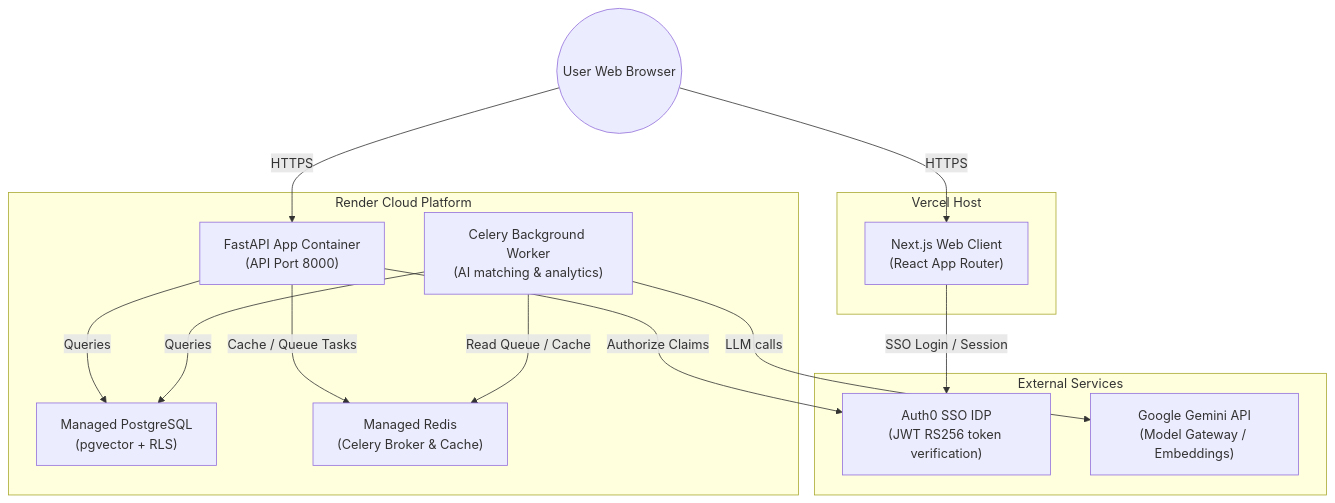
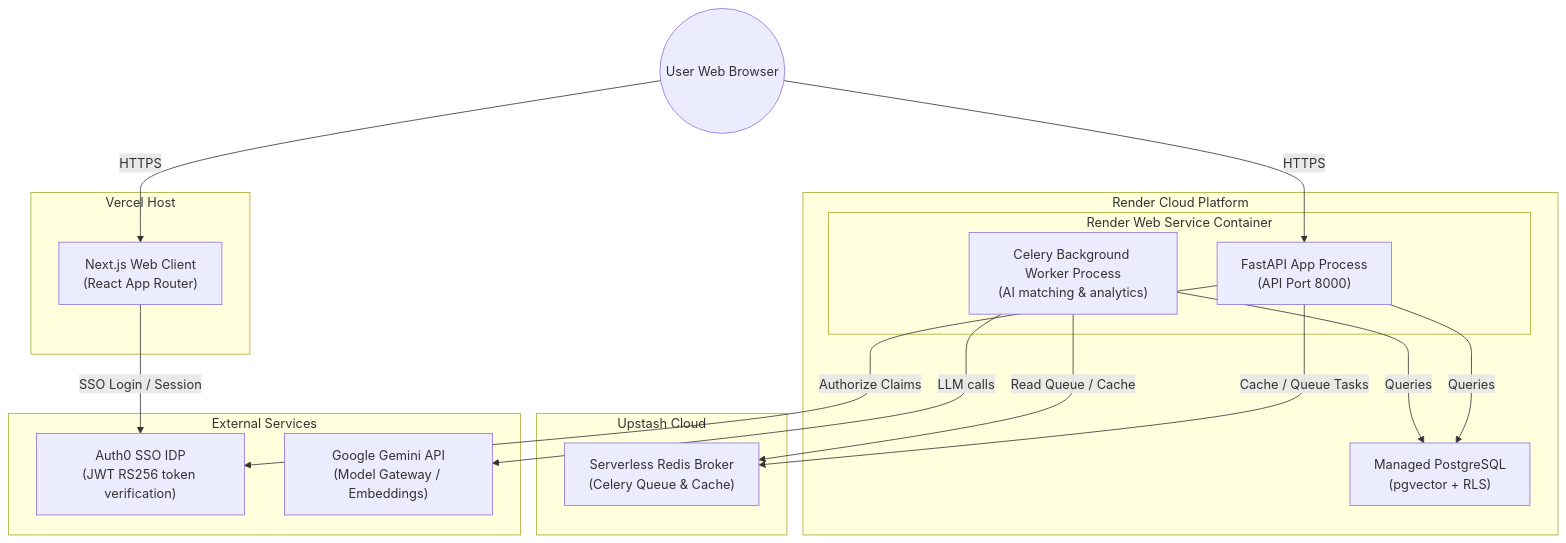
Before and after one commit to hkachhawaha/Cost-Intelligence: the diagram in Docs/Deployment Guide.md, drawn with Mermaid. The commit also changed other lines of this file and 2 other files, not shown here.

Commit message:
Support single-container deployment of API and Celery on Render Free Tier via start.sh

````diff
--- a/Docs/Deployment Guide.md
+++ b/Docs/Deployment Guide.md
@@ -9,29 +9,34 @@
 ```mermaid
 graph TB
     subgraph Frontend ["Vercel Host"]
         NextJS["Next.js Web Client<br/>(React App Router)"]
     end
 
     subgraph Backend ["Render Cloud Platform"]
-        FastAPI["FastAPI App Container<br/>(API Port 8000)"]
-        CeleryWorker["Celery Background Worker<br/>(AI matching & analytics)"]
+        subgraph WebService ["Render Web Service Container"]
+            FastAPI["FastAPI App Process<br/>(API Port 8000)"]
+            CeleryWorker["Celery Background Worker Process<br/>(AI matching & analytics)"]
+        end
         Postgres["Managed PostgreSQL<br/>(pgvector + RLS)"]
-        Redis["Managed Redis<br/>(Celery Broker & Cache)"]
+    end
+
+    subgraph RedisProvider ["Upstash Cloud"]
+        Redis["Serverless Redis Broker<br/>(Celery Queue & Cache)"]
     end
 
     subgraph IDP ["External Services"]
         Auth0["Auth0 SSO IDP<br/>(JWT RS256 token verification)"]
         Gemini["Google Gemini API<br/>(Model Gateway / Embeddings)"]
     end
 
     %% Flow lines
     User((User Web Browser)) -->|HTTPS| NextJS
     User -->|HTTPS| FastAPI
     NextJS -->|SSO Login / Session| Auth0
     FastAPI -->|Authorize Claims| Auth0
     FastAPI -->|Queries| Postgres
     FastAPI -->|Cache / Queue Tasks| Redis
     CeleryWorker -->|Read Queue / Cache| Redis
     CeleryWorker -->|Queries| Postgres
     CeleryWorker -->|LLM calls| Gemini
 ```
````
